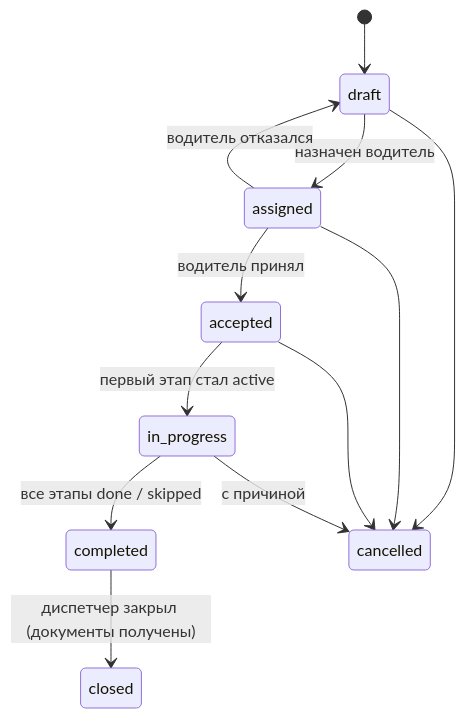
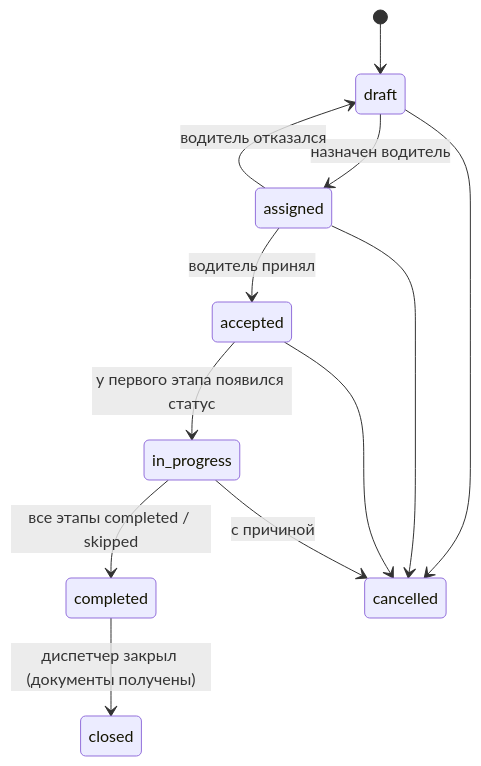
One commit to spite-creator/plobi-chat changed the second of 2 diagrams in docs/state-machine.md. Above: the diagram before and after it, drawn with Mermaid. The commit also changed other lines of this file and 3 other files, not shown here.

````diff
--- a/docs/state-machine.md
+++ b/docs/state-machine.md
@@ -180,14 +174,14 @@
 ```mermaid
 stateDiagram-v2
     [*] --> draft
     draft --> assigned: назначен водитель
     assigned --> accepted: водитель принял
     assigned --> draft: водитель отказался
-    accepted --> in_progress: первый этап стал active
-    in_progress --> completed: все этапы done / skipped
+    accepted --> in_progress: у первого этапа появился статус
+    in_progress --> completed: все этапы completed / skipped
     completed --> closed: диспетчер закрыл (документы получены)
     draft --> cancelled
     assigned --> cancelled
     accepted --> cancelled
     in_progress --> cancelled: с причиной
 ```
````
